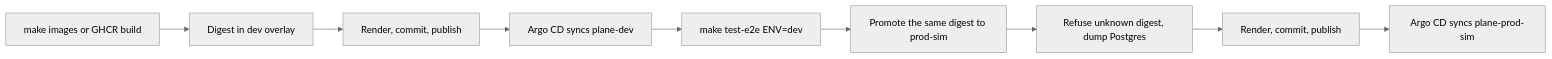
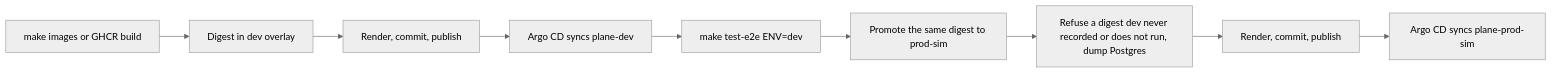
The second of 2 diagrams in docs/argocd.md (BereketAbera/plane-platform), drawn with Mermaid (neutral theme) before and after one commit. The commit also changed other lines of this file and 1 other file, not shown here.

````diff
--- a/docs/argocd.md
+++ b/docs/argocd.md
@@ -365,11 +446,11 @@
 ```mermaid
 flowchart LR
   A["make images or GHCR build"] --> B["Digest in dev overlay"]
   B --> C["Render, commit, publish"]
   C --> D["Argo CD syncs plane-dev"]
   D --> E["make test-e2e ENV=dev"]
   E --> F["Promote the same digest to prod-sim"]
-  F --> G["Refuse unknown digest, dump Postgres"]
+  F --> G["Refuse a digest dev never recorded or does not run, dump Postgres"]
   G --> H["Render, commit, publish"]
   H --> I["Argo CD syncs plane-prod-sim"]
 ```
````
